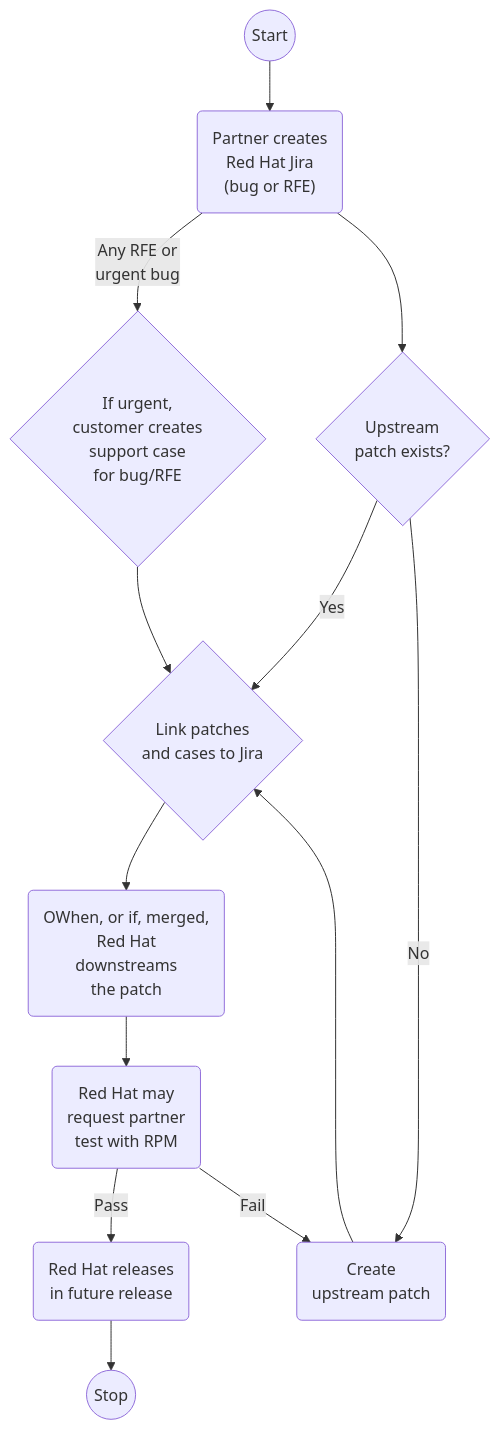
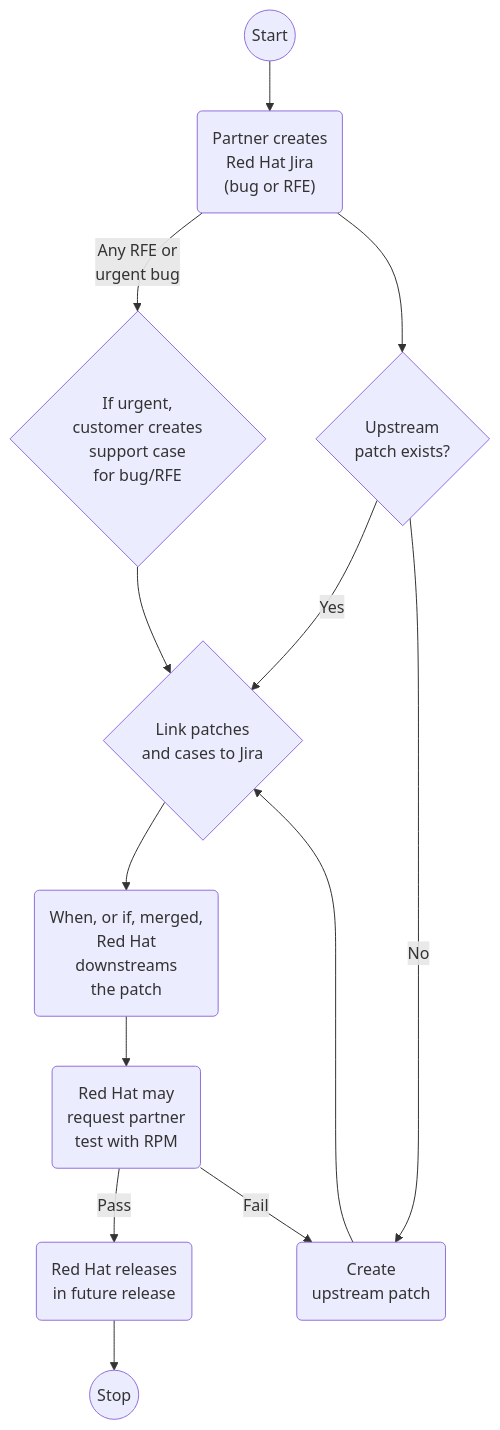
One commit to seanmerrow/homelab changed the diagram in dns/openstack-workflow.md. Above: the diagram before and after it, drawn with Mermaid.

Commit message:
Fix typo in downstream link description

````diff
--- a/dns/openstack-workflow.md
+++ b/dns/openstack-workflow.md
@@ -3,15 +3,15 @@
 ```mermaid
 flowchart TD
     Start@{ shape: circle, label: "Start" } --> jira("Partner creates\nRed Hat Jira\n(bug or RFE)")
     jira -->|"Any RFE or\nurgent bug"| case{"If urgent,\ncustomer creates\nsupport case\n for bug/RFE"}
     jira --> patch{"Upstream\npatch exists?"}
     case --> link{"Link patches \nand cases to Jira"}
     patch -->|Yes|link
     patch -->|No|create-patch("Create\nupstream patch")
     create-patch -->link
-    link --> downstream("OWhen, or if, merged,\nRed Hat\ndownstreams\nthe patch")
+    link --> downstream("When, or if, merged,\nRed Hat\ndownstreams\nthe patch")
     downstream --> test("Red Hat may\nrequest partner\ntest with RPM")
     test -->|Pass|release("Red Hat releases\nin future release")
     release -->Stop@{ shape: circle, label: "Stop" }
     test -->|Fail|create-patch
 ```
````
